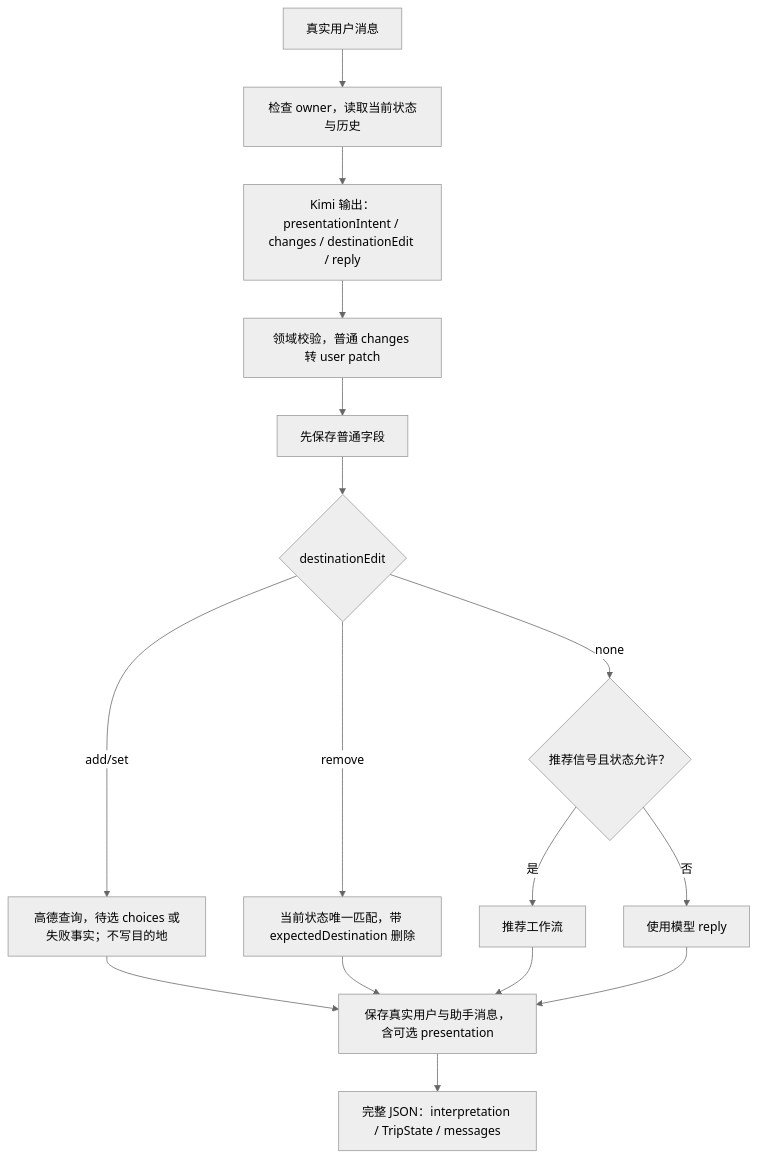
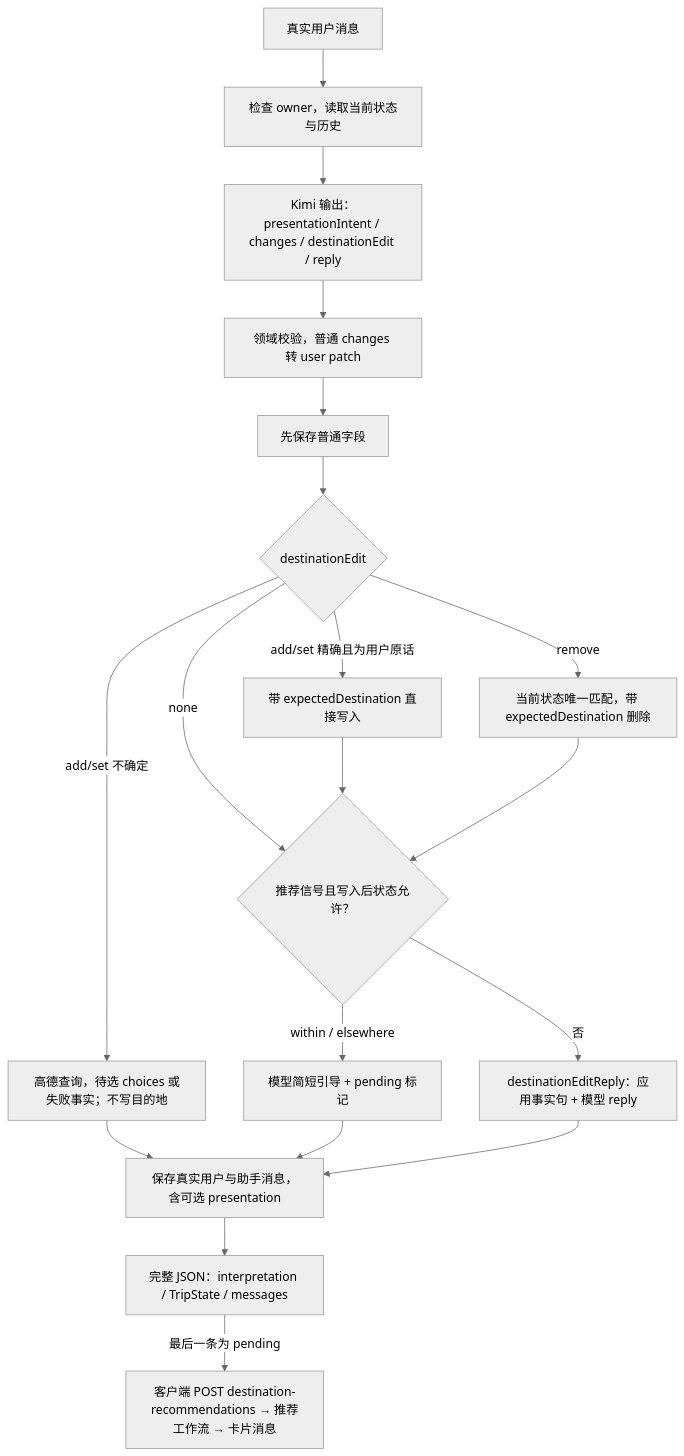
One commit to meiyulin22/Meri-Road-Trip changed the fourth of 6 diagrams in docs/ARCHITECTURE.md. Above: the diagram before and after it, drawn with Mermaid (neutral theme). The commit also changed other lines of this file and 54 other files, not shown here.

Commit message:
feat(conversation): add exact places directly, cards after the reply, widen to other provinces, restore reply rules 1.0023

````diff
--- a/docs/ARCHITECTURE.md
+++ b/docs/ARCHITECTURE.md
@@ -171,18 +171,21 @@
 ```mermaid
 flowchart TD
   input[真实用户消息] --> load[检查 owner，读取当前状态与历史]
   load --> llm[Kimi 输出：presentationIntent / changes / destinationEdit / reply]
   llm --> validate[领域校验，普通 changes 转 user patch]
   validate --> save[先保存普通字段]
   save --> edit{destinationEdit}
-  edit -->|add/set| offer[高德查询，待选 choices 或失败事实；不写目的地]
+  edit -->|add/set 精确且为用户原话| direct[带 expectedDestination 直接写入]
+  edit -->|add/set 不确定| offer[高德查询，待选 choices 或失败事实；不写目的地]
   edit -->|remove| remove[当前状态唯一匹配，带 expectedDestination 删除]
-  edit -->|none| eligible{推荐信号且状态允许？}
-  eligible -->|是| recommend[推荐工作流]
-  eligible -->|否| reply[使用模型 reply]
+  edit -->|none| eligible{推荐信号且写入后状态允许？}
+  direct --> eligible
+  remove --> eligible
+  eligible -->|within / elsewhere| pending[模型简短引导 + pending 标记]
+  eligible -->|否| reply[destinationEditReply：应用事实句 + 模型 reply]
   offer --> messages[保存真实用户与助手消息，含可选 presentation]
-  remove --> messages
-  recommend --> messages
+  pending --> messages
   reply --> messages
   messages --> response[完整 JSON：interpretation / TripState / messages]
+  response -->|最后一条为 pending| cards[客户端 POST destination-recommendations → 推荐工作流 → 卡片消息]
 ```
````
